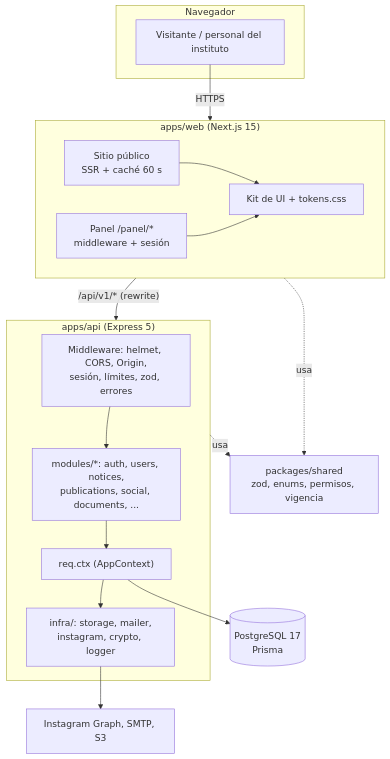
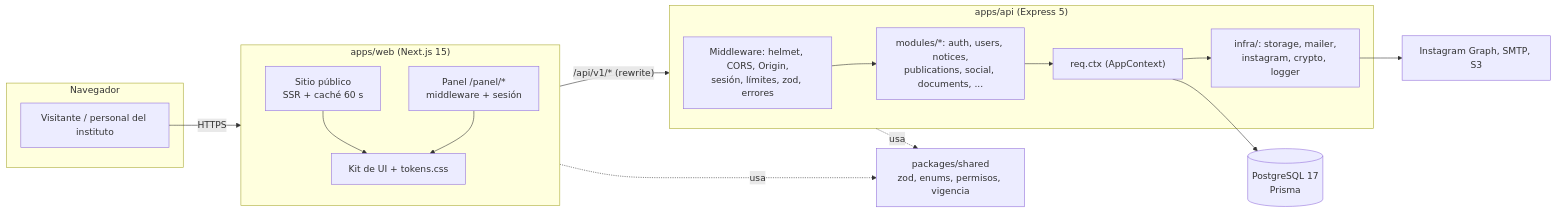
The first of 4 diagrams in docs/entrega/Manual-Tecnico.md (IFTS29-TalentoTech/ifts2-plataforma), drawn with Mermaid before and after one commit. The commit also changed other lines of this file and 8 other files, not shown here.

````diff
--- a/docs/entrega/Manual-Tecnico.md
+++ b/docs/entrega/Manual-Tecnico.md
@@ -161,29 +161,29 @@
 ```mermaid
-flowchart TB
+flowchart LR
   subgraph Navegador
     B[Visitante / personal del instituto]
   end
   subgraph WEB["apps/web (Next.js 15)"]
     PUB["Sitio público<br/>SSR + caché 60 s"]
     PAN["Panel /panel/*<br/>middleware + sesión"]
     UI["Kit de UI + tokens.css"]
     PUB --> UI
     PAN --> UI
   end
   subgraph API["apps/api (Express 5)"]
     MW["Middleware: helmet, CORS, Origin,<br/>sesión, límites, zod, errores"]
     MOD["modules/*: auth, users, notices,<br/>publications, social, documents, ..."]
     CTX["req.ctx (AppContext)"]
     INFRA["infra/: storage, mailer,<br/>instagram, crypto, logger"]
     MW --> MOD --> CTX --> INFRA
   end
   SH["packages/shared<br/>zod, enums, permisos, vigencia"]
   DB[("PostgreSQL 17<br/>Prisma")]
   EXT["Instagram Graph, SMTP, S3"]
   B -->|HTTPS| WEB
   WEB -->|"/api/v1/* (rewrite)"| API
   WEB -. usa .-> SH
   API -. usa .-> SH
   CTX --> DB
   INFRA --> EXT
 ```
````
